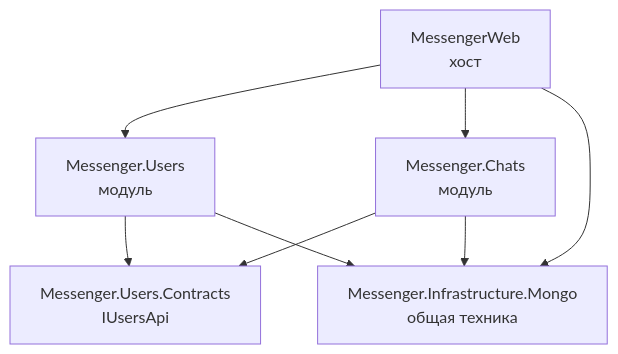
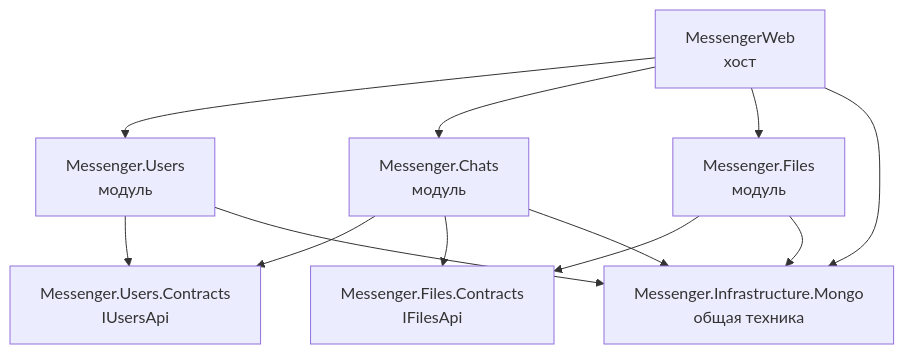
The diagram in README.md (superguestgg/MessengerBackend), drawn with Mermaid before and after one commit. The commit also changed other lines of this file and 74 other files, not shown here.

````diff
--- a/README.md
+++ b/README.md
@@ -127,10 +130,14 @@
 ```mermaid
 graph TD
     Web[MessengerWeb<br/>хост] --> Users[Messenger.Users<br/>модуль]
     Web --> Chats[Messenger.Chats<br/>модуль]
+    Web --> Files[Messenger.Files<br/>модуль]
     Web --> Mongo[Messenger.Infrastructure.Mongo<br/>общая техника]
     Users --> Contracts[Messenger.Users.Contracts<br/>IUsersApi]
     Chats --> Contracts
+    Files --> FilesContracts[Messenger.Files.Contracts<br/>IFilesApi]
+    Chats --> FilesContracts
     Users --> Mongo
     Chats --> Mongo
+    Files --> Mongo
 ```
````
